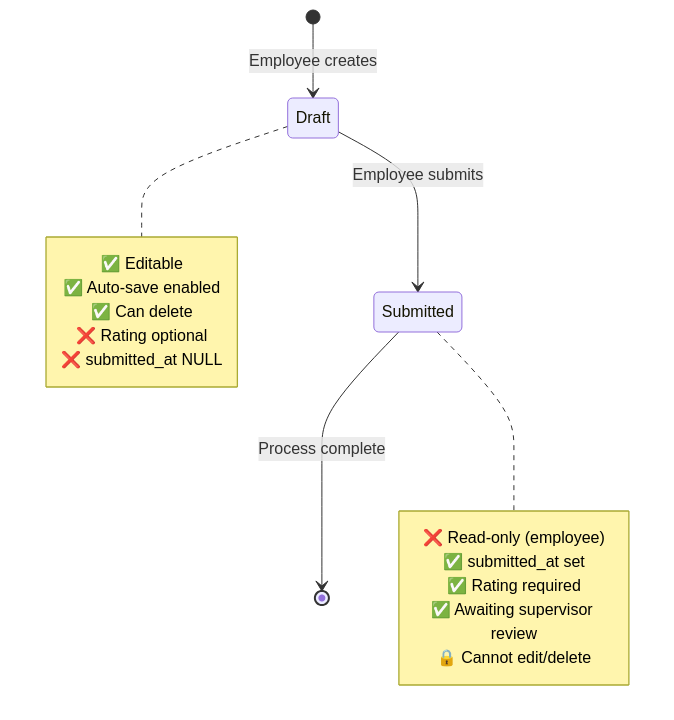
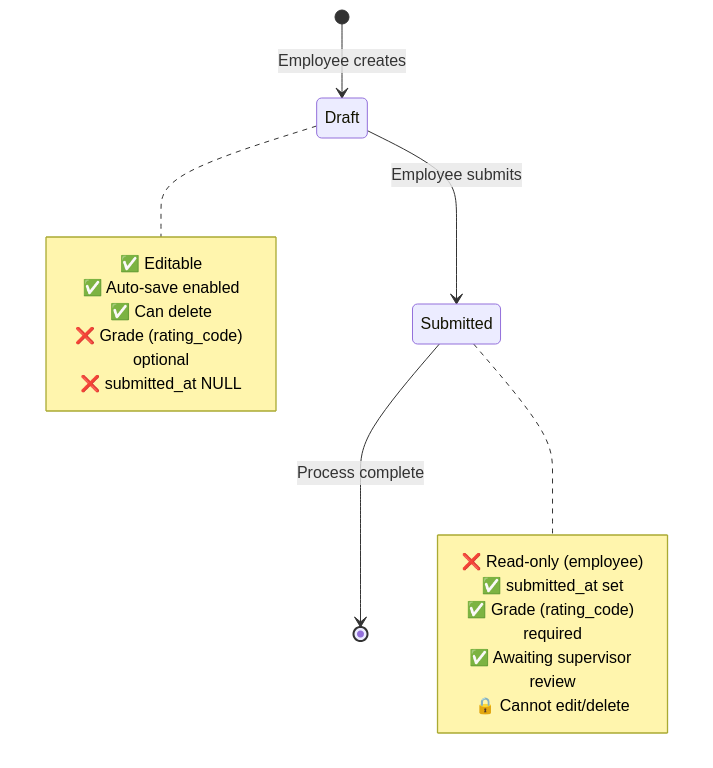
One commit to shintairiku/evaluation-system changed the second of 2 diagrams in .kiro/specs/self-assessment/domain-model.md. Above: the diagram before and after it, drawn with Mermaid. The commit also changed other lines of this file, not shown here.

````diff
--- a/.kiro/specs/self-assessment/domain-model.md
+++ b/.kiro/specs/self-assessment/domain-model.md
@@ -305,22 +339,22 @@
 ```mermaid
 stateDiagram-v2
     [*] --> Draft: Employee creates
     Draft --> Submitted: Employee submits
     Submitted --> [*]: Process complete
 
     note right of Draft
         ✅ Editable
         ✅ Auto-save enabled
         ✅ Can delete
-        ❌ Rating optional
+        ❌ Grade (rating_code) optional
         ❌ submitted_at NULL
     end note
 
     note right of Submitted
         ❌ Read-only (employee)
         ✅ submitted_at set
-        ✅ Rating required
+        ✅ Grade (rating_code) required
         ✅ Awaiting supervisor review
         🔒 Cannot edit/delete
     end note
 ```
````
